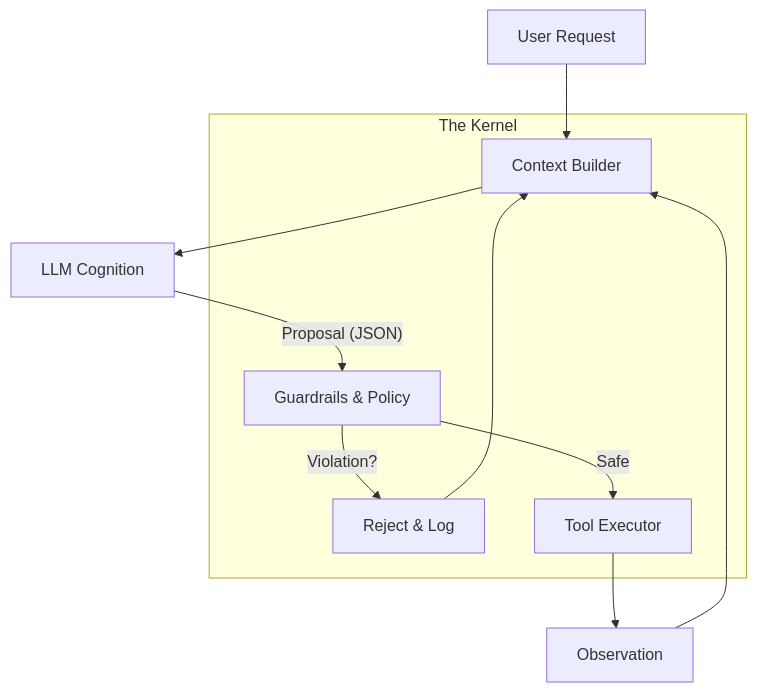
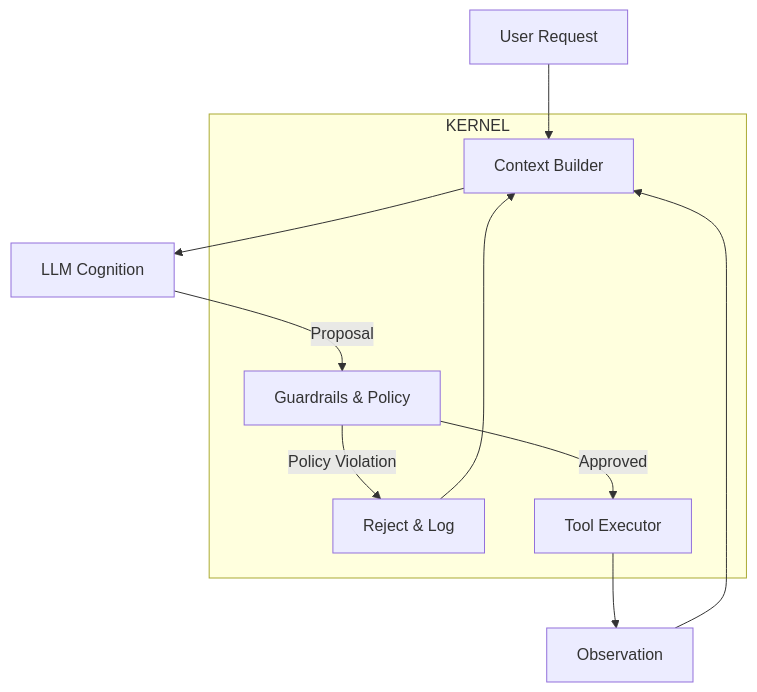
Before and after one commit to thienzz/Kite: the diagram in ARCHITECTURE.md, drawn with Mermaid. The commit also changed other lines of this file and 1 other file, not shown here.

````diff
--- a/ARCHITECTURE.md
+++ b/ARCHITECTURE.md
@@ -38,15 +33,15 @@
 ```mermaid
 graph TD
     User[User Request] --> Context[Context Builder]
     Context --> LLM[LLM Cognition]
-    LLM -- "Proposal (JSON)" --> Guard[Guardrails & Policy]
+    LLM -- "Proposal" --> Guard[Guardrails & Policy]
     
-    subgraph The Kernel
-    Guard -- "Violation?" --> Reject[Reject & Log]
+    subgraph KERNEL
+    Guard -- "Policy Violation" --> Reject[Reject & Log]
     Reject --> Context
-    Guard -- "Safe" --> Executor[Tool Executor]
+    Guard -- "Approved" --> Executor[Tool Executor]
     end
     
     Executor --> Result[Observation]
     Result --> Context
 ```
````
